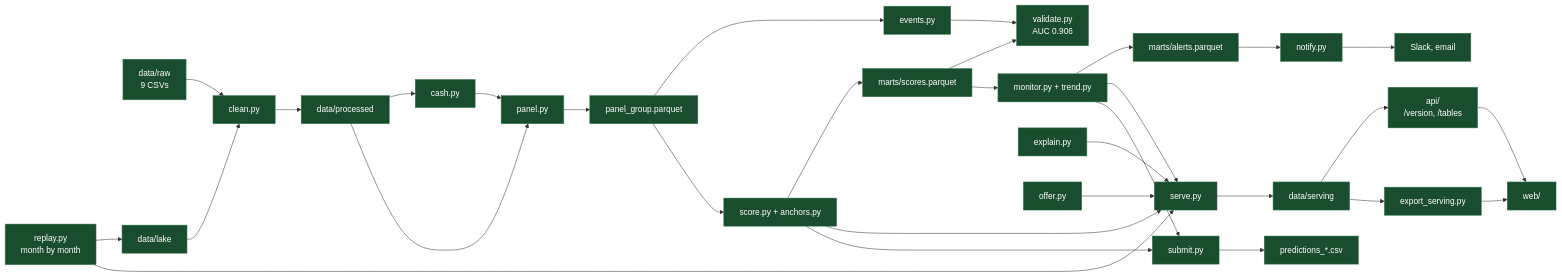
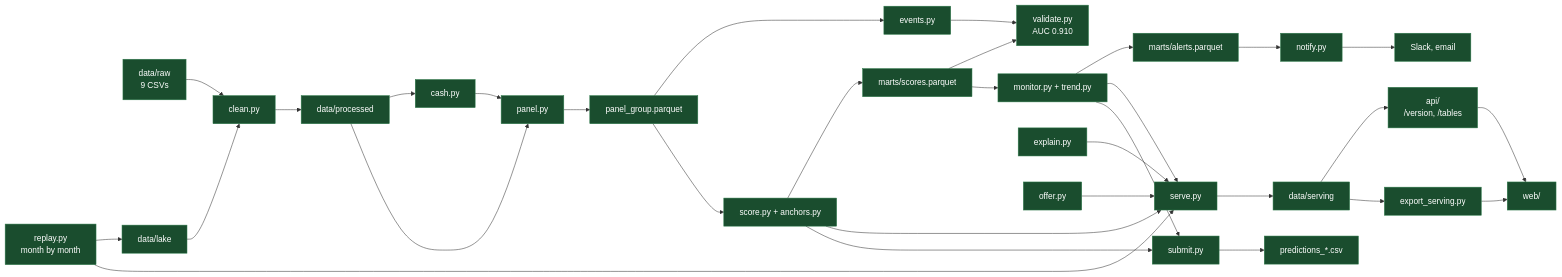
One commit to felipemagr/hackspain changed the diagram in docs/status.md. Above: the diagram before and after it, drawn with Mermaid. The commit also changed other lines of this file and 28 other files, not shown here.

````diff
--- a/docs/status.md
+++ b/docs/status.md
@@ -59,21 +60,21 @@
 ```mermaid
 flowchart LR
     raw["data/raw<br/>9 CSVs"] --> clean["clean.py"] --> proc["data/processed"]
     proc --> cash["cash.py"] --> panel["panel.py"]
     proc --> panel
     panel --> pg["panel_group.parquet"]
-    pg --> events["events.py"] --> val["validate.py<br/>AUC 0.906"]
+    pg --> events["events.py"] --> val["validate.py<br/>AUC 0.910"]
     pg --> score["score.py + anchors.py"] --> sc["marts/scores.parquet"]
     sc --> val
     sc --> monitor["monitor.py + trend.py"] --> al["marts/alerts.parquet"]
     al --> notify["notify.py"] --> out["Slack, email"]
     score & monitor & explain["explain.py"] & offer["offer.py"] --> serve["serve.py"] --> serving["data/serving"]
     score & monitor --> submit["submit.py"] --> pred["predictions_*.csv"]
     serving --> api["api/<br/>/version, /tables"] --> web["web/"]
     serving --> exp["export_serving.py"] --> web
     replay["replay.py<br/>month by month"] --> lake["data/lake"] --> clean
     replay --> serve
 
     classDef built fill:#1a4d2e,stroke:#2d7a4a,color:#fff
     class raw,clean,proc,cash,panel,pg,events,score,sc,val,exp,api,monitor,al,notify,out,explain,offer,serve,serving,submit,pred,web,replay,lake built
 ```
````
